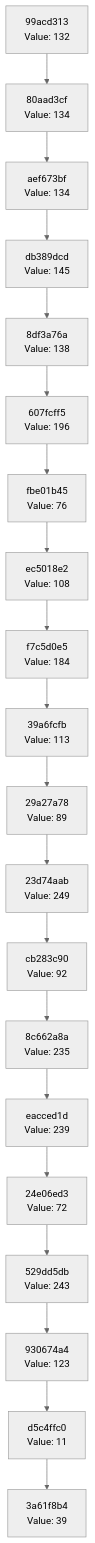
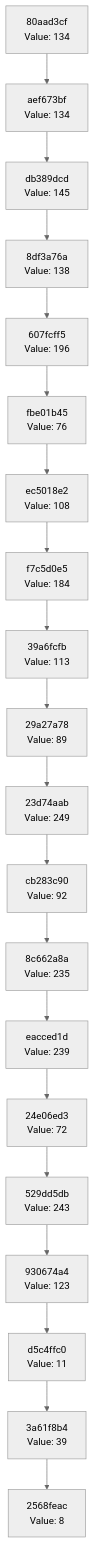
Before and after one commit to Abhisheksinha1506/hash-chain-evolver: the diagram in docs/CHAIN_VISUALIZATION.md, drawn with Mermaid (neutral theme). The commit also changed 3 other files, not shown here.

````diff
--- a/docs/CHAIN_VISUALIZATION.md
+++ b/docs/CHAIN_VISUALIZATION.md
@@ -3,42 +3,42 @@
 ```mermaid
 graph TD
-    C0["3a61f8b4<br/>Value: 39"]
-    C1["d5c4ffc0<br/>Value: 11"]
+    C0["2568feac<br/>Value: 8"]
+    C1["3a61f8b4<br/>Value: 39"]
     C1 --> C0
-    C2["930674a4<br/>Value: 123"]
+    C2["d5c4ffc0<br/>Value: 11"]
     C2 --> C1
-    C3["529dd5db<br/>Value: 243"]
+    C3["930674a4<br/>Value: 123"]
     C3 --> C2
-    C4["24e06ed3<br/>Value: 72"]
+    C4["529dd5db<br/>Value: 243"]
     C4 --> C3
-    C5["eacced1d<br/>Value: 239"]
+    C5["24e06ed3<br/>Value: 72"]
     C5 --> C4
-    C6["8c662a8a<br/>Value: 235"]
+    C6["eacced1d<br/>Value: 239"]
     C6 --> C5
-    C7["cb283c90<br/>Value: 92"]
+    C7["8c662a8a<br/>Value: 235"]
     C7 --> C6
-    C8["23d74aab<br/>Value: 249"]
+    C8["cb283c90<br/>Value: 92"]
     C8 --> C7
-    C9["29a27a78<br/>Value: 89"]
+    C9["23d74aab<br/>Value: 249"]
     C9 --> C8
-    C10["39a6fcfb<br/>Value: 113"]
+    C10["29a27a78<br/>Value: 89"]
     C10 --> C9
-    C11["f7c5d0e5<br/>Value: 184"]
+    C11["39a6fcfb<br/>Value: 113"]
     C11 --> C10
-    C12["ec5018e2<br/>Value: 108"]
+    C12["f7c5d0e5<br/>Value: 184"]
     C12 --> C11
-    C13["fbe01b45<br/>Value: 76"]
+    C13["ec5018e2<br/>Value: 108"]
     C13 --> C12
-    C14["607fcff5<br/>Value: 196"]
+    C14["fbe01b45<br/>Value: 76"]
     C14 --> C13
-    C15["8df3a76a<br/>Value: 138"]
+    C15["607fcff5<br/>Value: 196"]
     C15 --> C14
-    C16["db389dcd<br/>Value: 145"]
+    C16["8df3a76a<br/>Value: 138"]
     C16 --> C15
-    C17["aef673bf<br/>Value: 134"]
+    C17["db389dcd<br/>Value: 145"]
     C17 --> C16
-    C18["80aad3cf<br/>Value: 134"]
+    C18["aef673bf<br/>Value: 134"]
     C18 --> C17
-    C19["99acd313<br/>Value: 132"]
+    C19["80aad3cf<br/>Value: 134"]
     C19 --> C18
 ```
````
